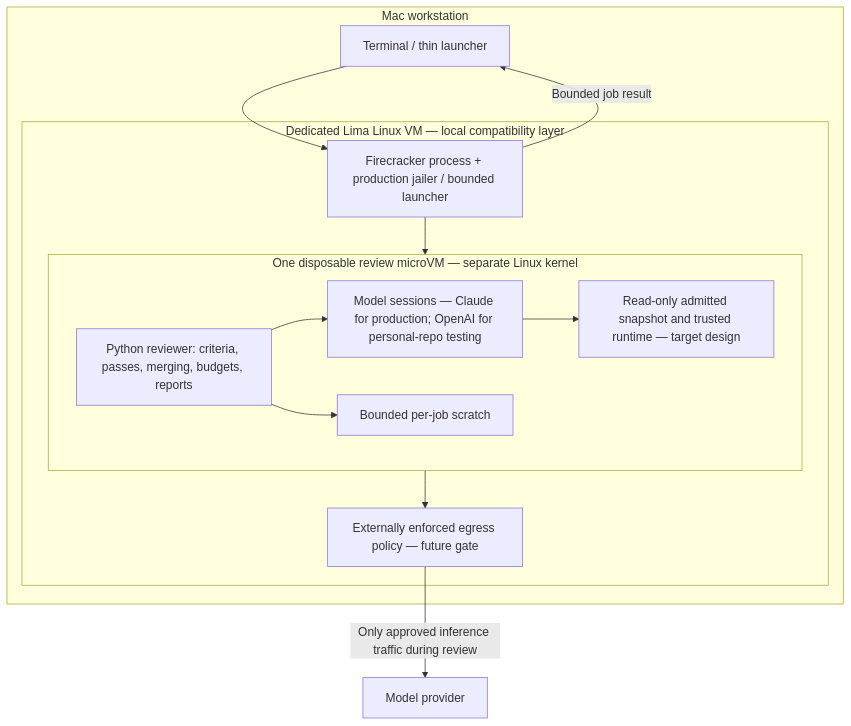
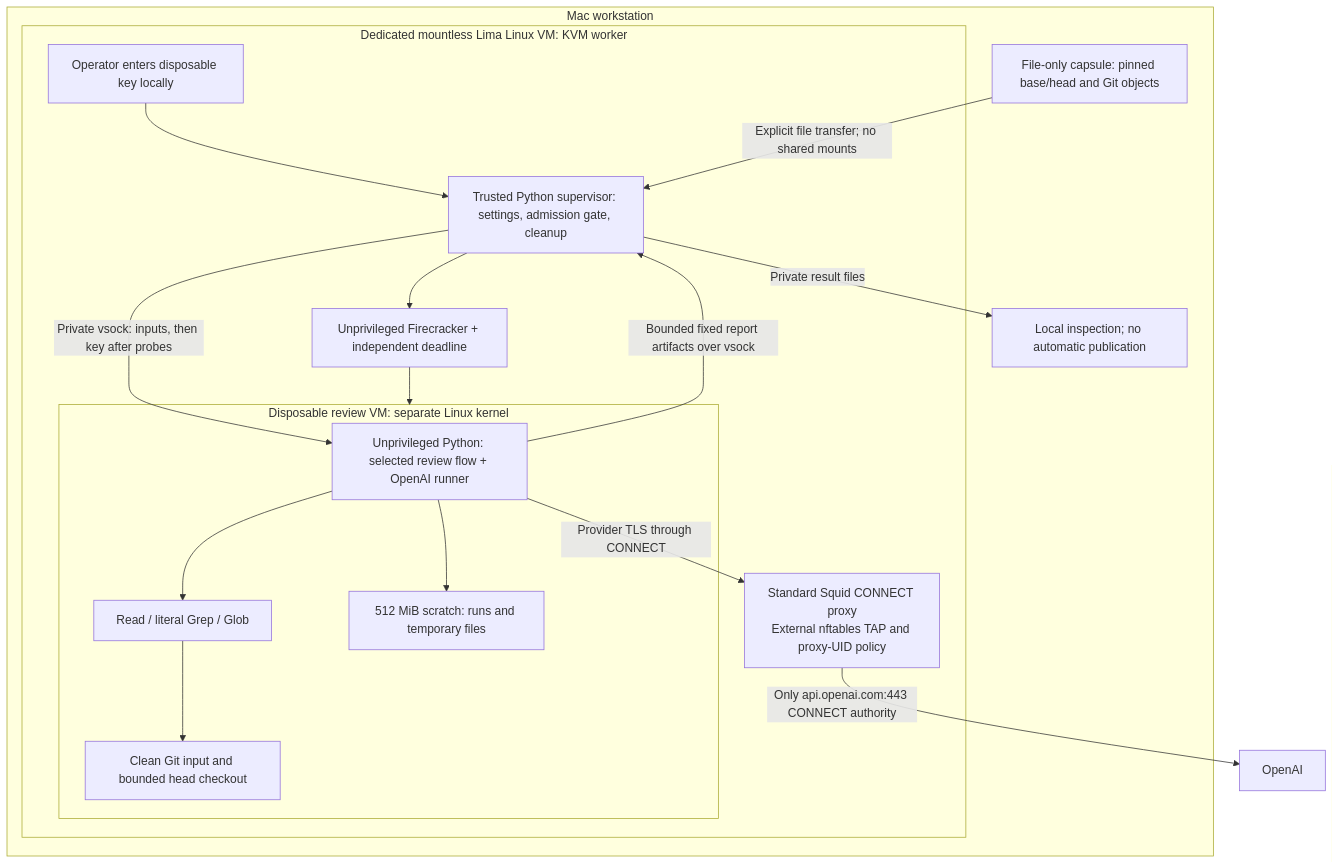
One commit to sskelkar/code-reviewer changed the diagram in docs/sandbox-architecture.md. Above: the diagram before and after it, drawn with Mermaid. The commit also changed other lines of this file and 27 other files, not shown here.

Commit message:
Implement connected VM sandbox pilot and synchronize architecture docs

````diff
--- a/docs/sandbox-architecture.md
+++ b/docs/sandbox-architecture.md
@@ -23,24 +27,27 @@
 ```mermaid
 flowchart TB
     subgraph MAC["Mac workstation"]
-        CLIENT["Terminal / thin launcher"]
-        subgraph LINUX["Dedicated Lima Linux VM — local compatibility layer"]
-            FC["Firecracker process + production jailer / bounded launcher"]
-            subgraph JOB["One disposable review microVM — separate Linux kernel"]
-                PY["Python reviewer: criteria, passes, merging, budgets, reports"]
-                CC["Model sessions — Claude for production; OpenAI for personal-repo testing"]
-                INPUT["Read-only admitted snapshot and trusted runtime — target design"]
-                SCRATCH["Bounded per-job scratch"]
-                PY --> CC
-                CC --> INPUT
+        INPUT["File-only capsule: pinned base/head and Git objects"]
+        subgraph LINUX["Dedicated mountless Lima Linux VM: KVM worker"]
+            HOST["Trusted Python supervisor: settings, admission gate, cleanup"]
+            VMM["Unprivileged Firecracker + independent deadline"]
+            PROXY["Standard Squid CONNECT proxy<br/>External nftables TAP and proxy-UID policy"]
+            subgraph JOB["Disposable review VM: separate Linux kernel"]
+                PY["Unprivileged Python: selected review flow + OpenAI runner"]
+                TREE["Clean Git input and bounded head checkout"]
+                TOOLS["Read / literal Grep / Glob"]
+                SCRATCH["512 MiB scratch: runs and temporary files"]
+                PY --> TOOLS --> TREE
                 PY --> SCRATCH
             end
-            NET["Externally enforced egress policy — future gate"]
-            FC --> JOB
-            JOB --> NET
+            HOST --> VMM --> JOB
+            HOST -->|"Private vsock: inputs, then key after probes"| PY
+            PY -->|"Bounded fixed report artifacts over vsock"| HOST
+            PY -->|"Provider TLS through CONNECT"| PROXY
+            KEY["Operator enters disposable key locally"] --> HOST
         end
-        CLIENT --> FC
-        FC -->|"Bounded job result"| CLIENT
+        INPUT -->|"Explicit file transfer; no shared mounts"| HOST
+        HOST -->|"Private result files"| OUTPUT["Local inspection; no automatic publication"]
     end
-    NET -->|"Only approved inference traffic during review"| PROVIDER["Model provider"]
+    PROXY -->|"Only api.openai.com:443 CONNECT authority"| PROVIDER["OpenAI"]
 ```
````
